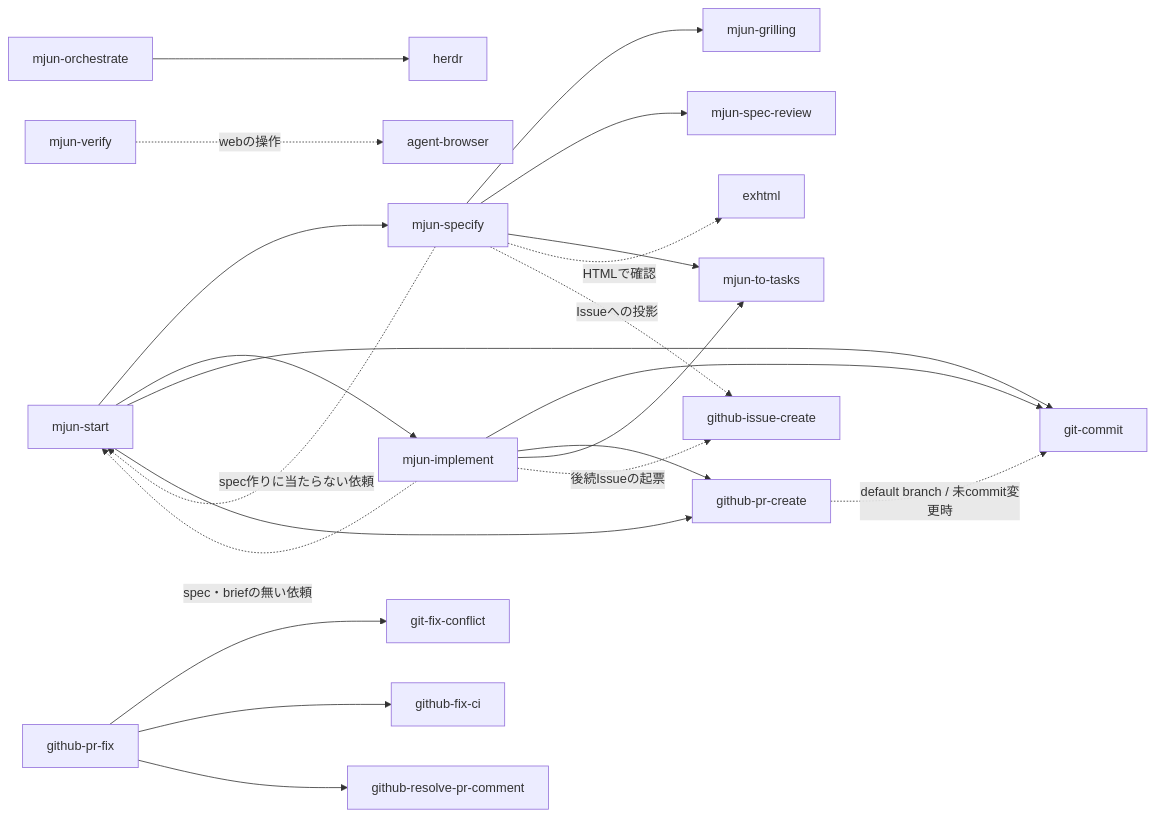
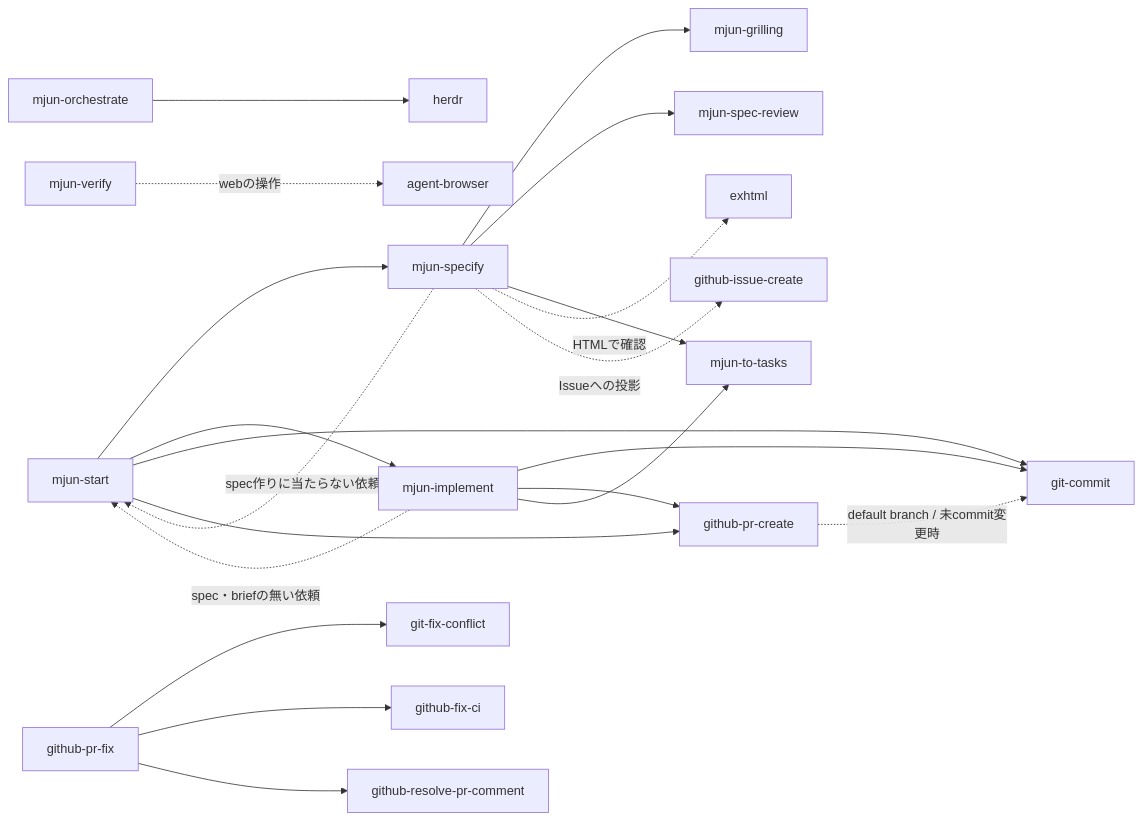
Before and after one commit to mjun0812/dotfiles: the diagram in doc/skills_ja.md, drawn with Mermaid. The commit also changed other lines of this file and 3 other files, not shown here.

First line of the commit message:
feat: stop asking to file follow-up issues in mjun-implement

````diff
--- a/doc/skills_ja.md
+++ b/doc/skills_ja.md
@@ -142,30 +142,29 @@
 ```mermaid
 graph LR
     github-pr-create -. default branch / 未commit変更時 .-> git-commit
 
     mjun-start --> mjun-specify
     mjun-start --> mjun-implement
     mjun-start --> git-commit
     mjun-start --> github-pr-create
 
     mjun-specify -. spec作りに当たらない依頼 .-> mjun-start
     mjun-specify --> mjun-grilling
     mjun-specify --> mjun-spec-review
     mjun-specify --> mjun-to-tasks
     mjun-specify -. HTMLで確認 .-> exhtml
     mjun-specify -. Issueへの投影 .-> github-issue-create
 
     mjun-implement --> git-commit
     mjun-implement --> github-pr-create
     mjun-implement --> mjun-to-tasks
-    mjun-implement -. 後続Issueの起票 .-> github-issue-create
     mjun-implement -. spec・briefの無い依頼 .-> mjun-start
 
     mjun-orchestrate --> herdr
 
     mjun-verify -. webの操作 .-> agent-browser
 
     github-pr-fix --> git-fix-conflict
     github-pr-fix --> github-fix-ci
     github-pr-fix --> github-resolve-pr-comment
 ```
````
